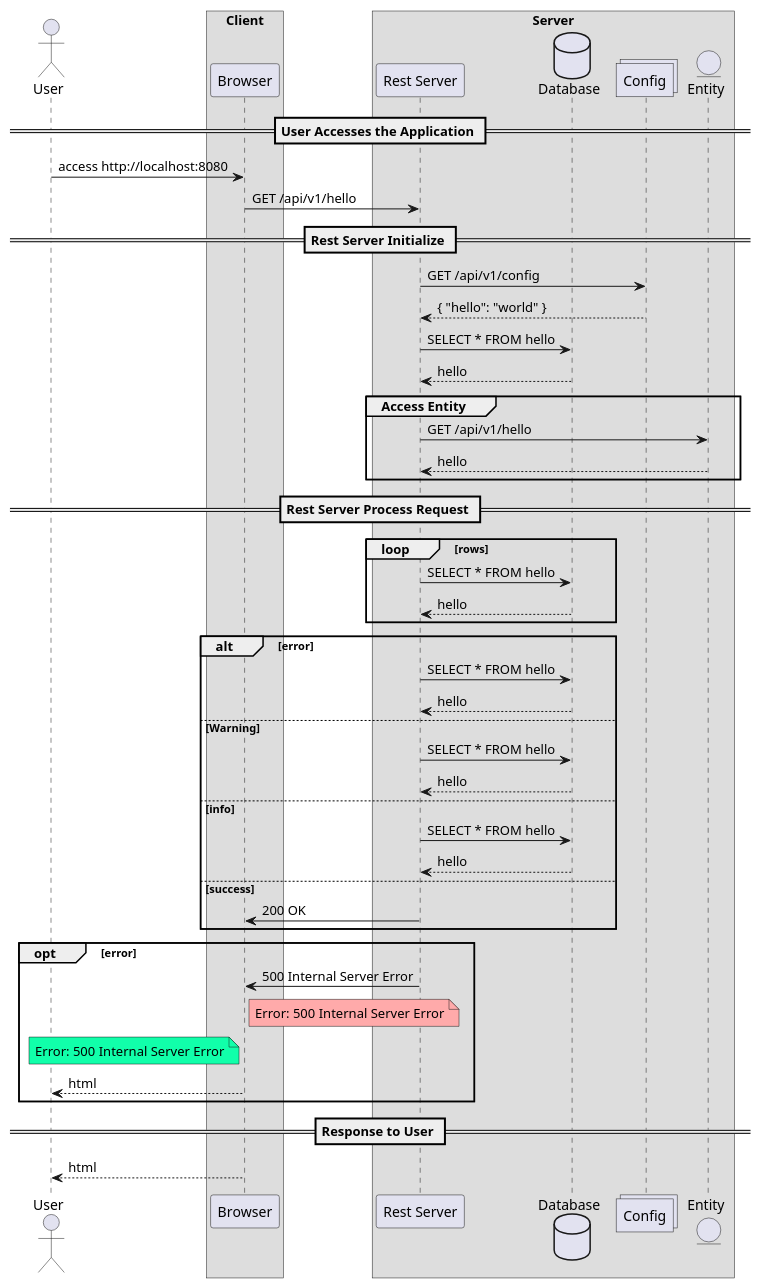
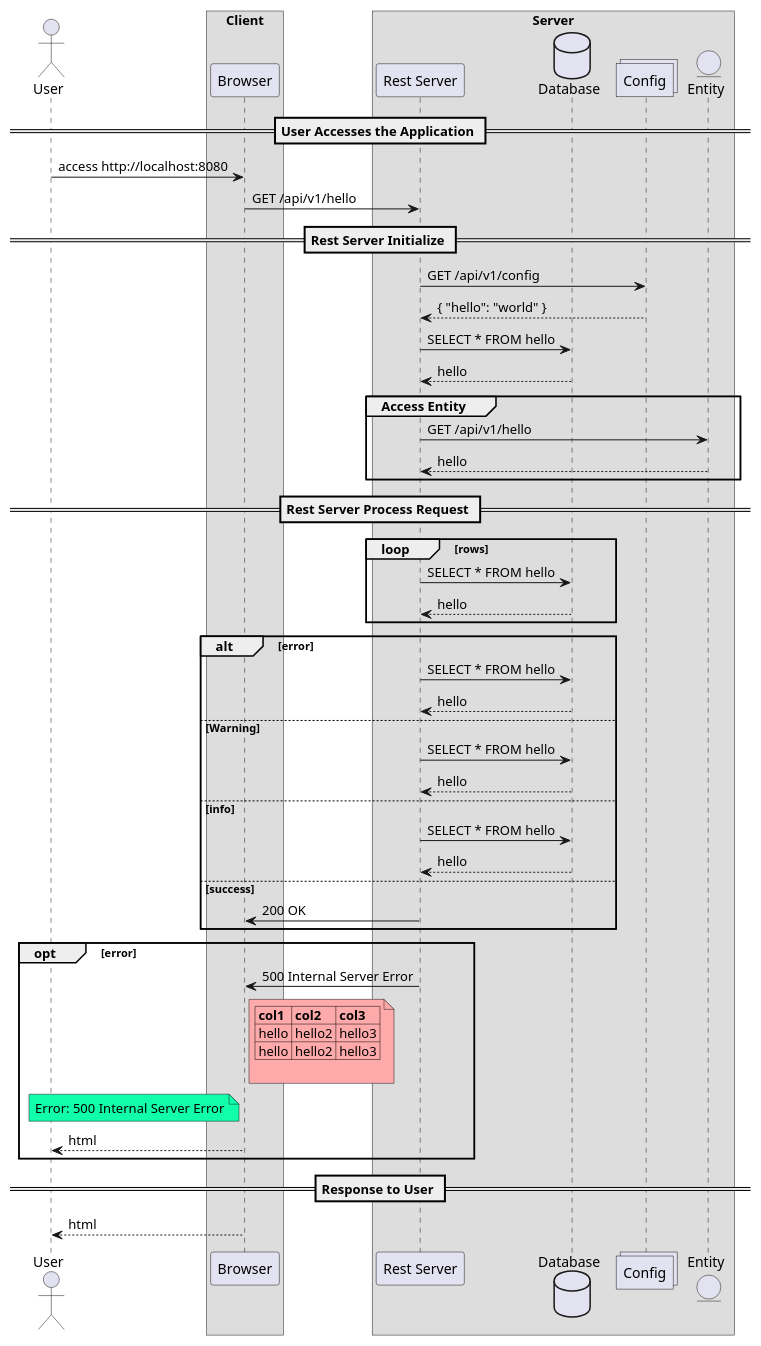
One commit to jinyongnan810/variaty-practices changed the diagram in plantuml-practices/sequence.plantuml. Above: the diagram before and after it, drawn with PlantUML.

Commit message:
uml table

```diff
--- a/plantuml-practices/sequence.plantuml
+++ b/plantuml-practices/sequence.plantuml
@@ -1,62 +1,65 @@
 @startuml ttt
 actor User
 box "Client"
 participant "Browser" as B
 end box
 box Server
 participant "Rest Server" as RS
 database "Database" as DB
 collections "Config" as C
 entity "Entity" as E
 end box
 
 == User Accesses the Application ==
 User -> B : access http://localhost:8080
 B -> RS : GET /api/v1/hello
 
 == Rest Server Initialize ==
 RS -> C : GET /api/v1/config
 C --> RS : { "hello": "world" }
 RS -> DB : SELECT * FROM hello
 DB --> RS : hello
 
 group Access Entity
     RS -> E : GET /api/v1/hello
     E --> RS : hello
 end group
 
 == Rest Server Process Request ==
 loop rows
     RS -> DB : SELECT * FROM hello
     DB --> RS : hello
 end loop
 
 alt error
     RS -> DB : SELECT * FROM hello
     DB --> RS : hello
 else Warning
     RS -> DB : SELECT * FROM hello
     DB --> RS : hello
 else info
     RS -> DB : SELECT * FROM hello
     DB --> RS : hello
 else success
     RS -> B : 200 OK
 end else
 
 opt error
     RS -> B : 500 Internal Server Error
     note right of B #FFAAAA
-        Error: 500 Internal Server Error
+        |= col1 |= col2 |= col3 |
+        | hello | hello2 | hello3 |
+        | hello | hello2 | hello3 |
+         
     end note
     note left of B #11FFAA
         Error: 500 Internal Server Error
     end note
     B --> User : html
 end opt
 
 == Response to User ==
 B --> User : html
 
 
 @enduml
```
